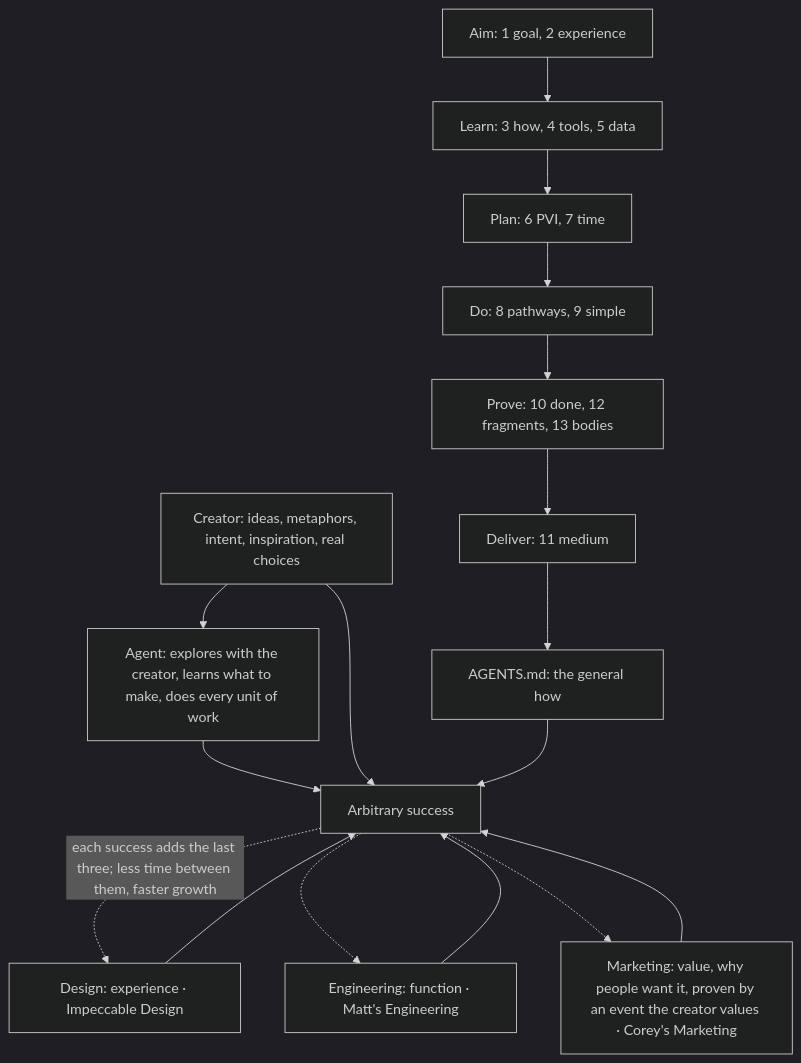
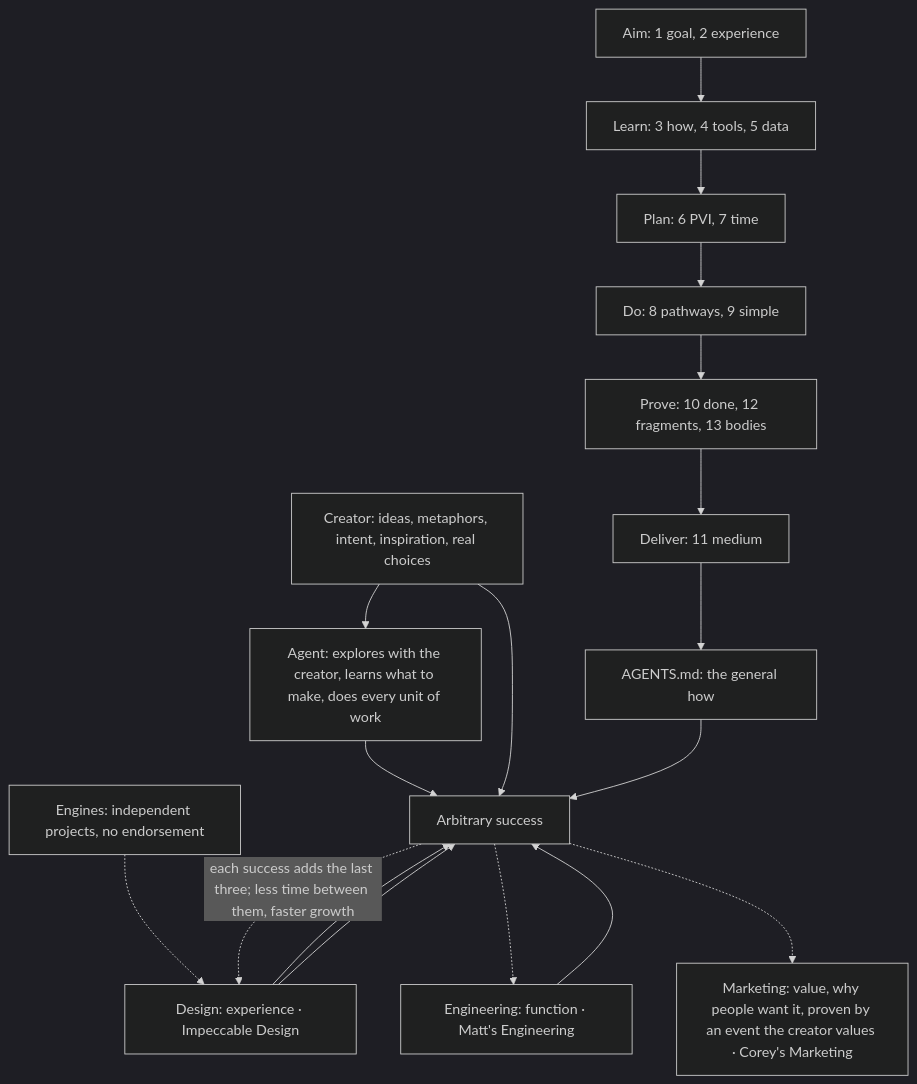
One commit to SolenixAI/arbiter changed the first of 14 diagrams in AGENTS.md. Above: the diagram before and after it, drawn with Mermaid (dark theme). The commit also changed other lines of this file, not shown here.

````diff
--- a/AGENTS.md
+++ b/AGENTS.md
@@ -40,14 +41,15 @@
 ```mermaid
 flowchart TD
   A[Aim: 1 goal, 2 experience] --> L[Learn: 3 how, 4 tools, 5 data] --> P[Plan: 6 PVI, 7 time] --> D[Do: 8 pathways, 9 simple] --> V[Prove: 10 done, 12 fragments, 13 bodies] --> O[Deliver: 11 medium] --> F[AGENTS.md: the general how]
   CR[Creator: ideas, metaphors, intent, inspiration, real choices] --> AG[Agent: explores with the creator, learns what to make, does every unit of work]
   AG --> S[Arbitrary success]
   CR --> S
   F --> S
   DS[Design: experience · Impeccable Design] --> S
   EG[Engineering: function · Matt's Engineering] --> S
-  SL[Marketing: value, why people want it, proven by an event the creator values · Corey's Marketing] --> S
+  SL[Marketing: value, why people want it, proven by an event the creator values · Corey's Marketing]
+  EN[Engines: independent projects, no endorsement] -.-> DS --> S
   S -.->|"each success adds the last three; less time between them, faster growth"| DS
   S -.-> EG
   S -.-> SL
 ```
````
